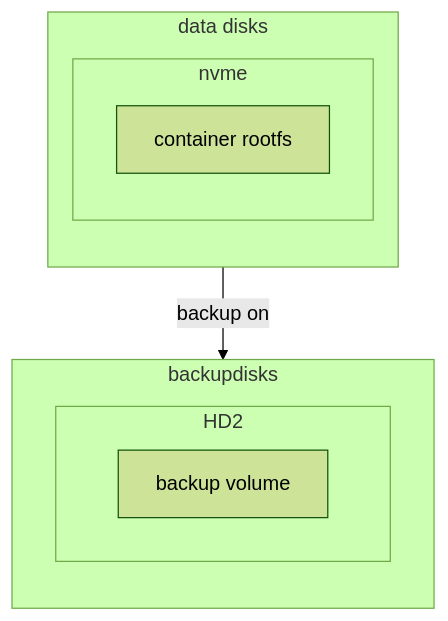
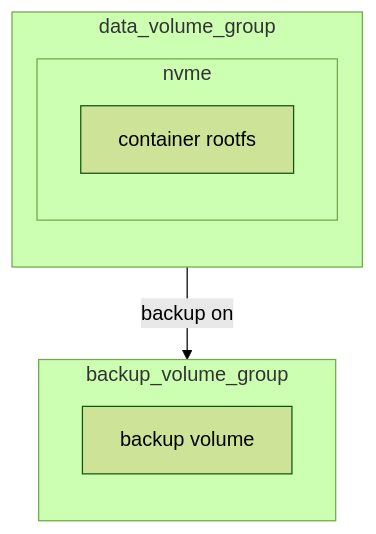
Before and after one commit to carnivuth/labcraft: the fourth of 7 diagrams in readme.md, drawn with Mermaid (forest theme). The commit also changed other lines of this file, not shown here.

````diff
--- a/readme.md
+++ b/readme.md
@@ -59,17 +59,14 @@
 ```mermaid
 flowchart
-	subgraph data disks
+	subgraph data_volume_group
 		direction TB
 		subgraph nvme
 				A[container rootfs]
 		end
 	end
-	subgraph backupdisks
-		direction TB
-		subgraph HD2
-			direction LR
-			C[backup volume]
-		end
+	subgraph backup_volume_group
+	    direction TB
+		C[backup volume]
 	end
 	A -- backup on --> C
 ```
````
